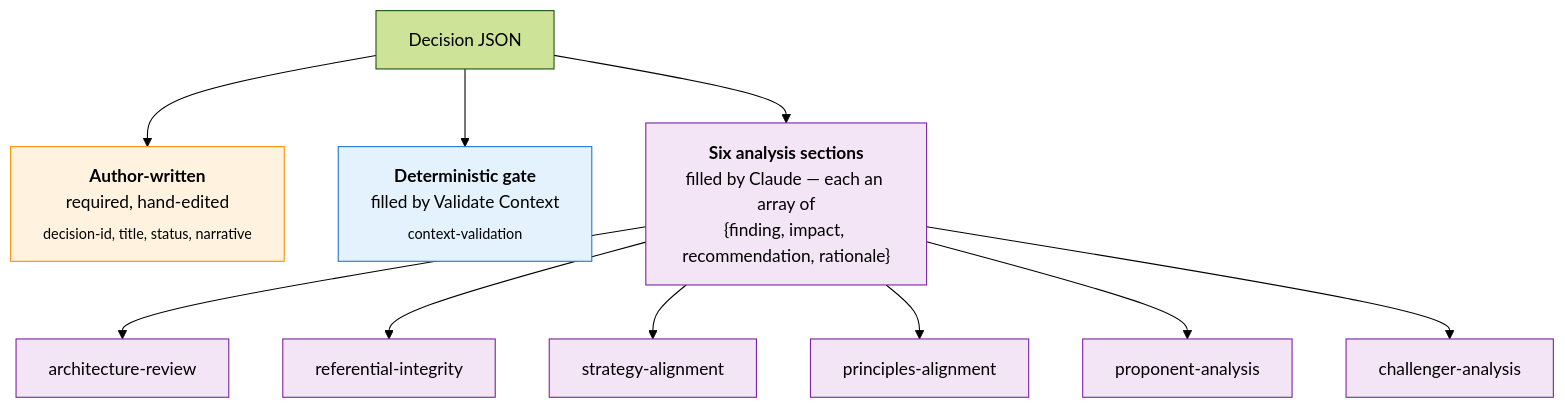
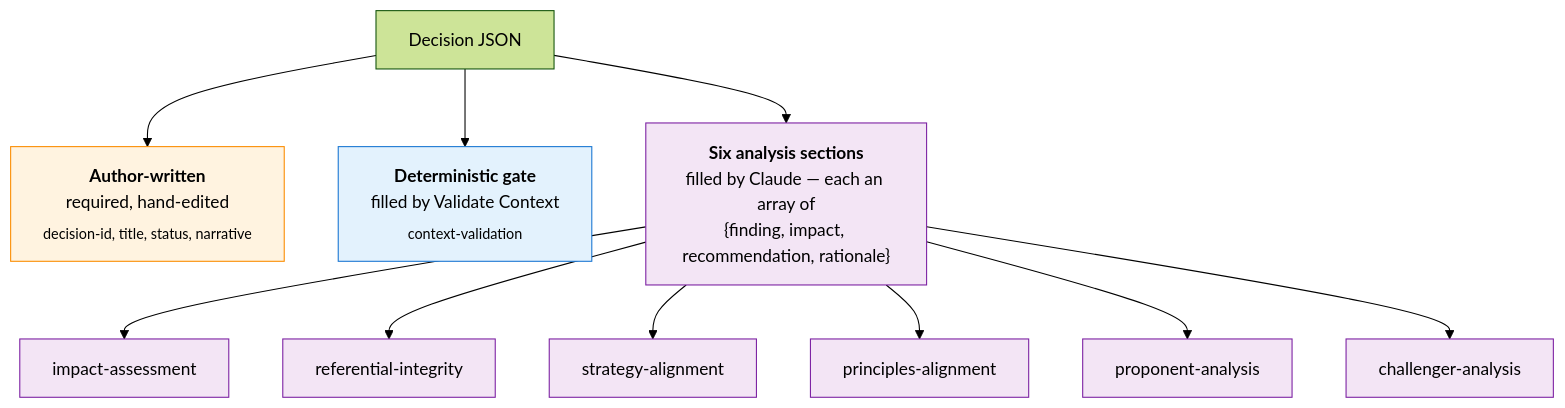
Before and after one commit to dan-eastley/pickle: the diagram in docs/schemas/decision.md, drawn with Mermaid (forest theme). The commit also changed other lines of this file and 100 other files, not shown here.

First line of the commit message:
Diagram artefacts, flattened instance paths, decisions analysis rename, model-controlled workflows

````diff
--- a/docs/schemas/decision.md
+++ b/docs/schemas/decision.md
@@ -14,23 +14,23 @@
 ```mermaid
 flowchart TB
     DJ[Decision JSON]
 
     DJ --> Author["<b>Author-written</b><br/>required, hand-edited<br/><sub>decision-id, title, status, narrative</sub>"]
     DJ --> Det["<b>Deterministic gate</b><br/>filled by Validate Context<br/><sub>context-validation</sub>"]
     DJ --> AI["<b>Six analysis sections</b><br/>filled by Claude — each an array of<br/>{finding, impact, recommendation, rationale}"]
 
-    AI --> AR[architecture-review]
+    AI --> AR[impact-assessment]
     AI --> RI[referential-integrity]
     AI --> SA[strategy-alignment]
     AI --> PA[principles-alignment]
     AI --> PR[proponent-analysis]
     AI --> CH[challenger-analysis]
 
     classDef auth fill:#fff3e0,stroke:#fb8c00,color:#000
     classDef det fill:#e3f2fd,stroke:#1976d2,color:#000
     classDef ai fill:#f3e5f5,stroke:#7b1fa2,color:#000
 
     class Author auth
     class Det det
     class AI,AR,RI,SA,PA,PR,CH ai
 ```
````
